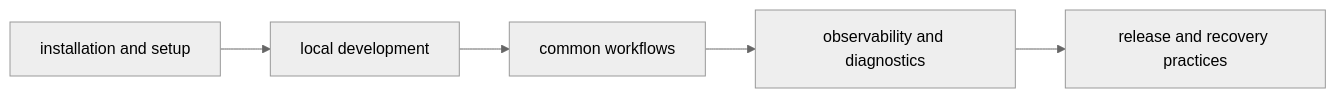
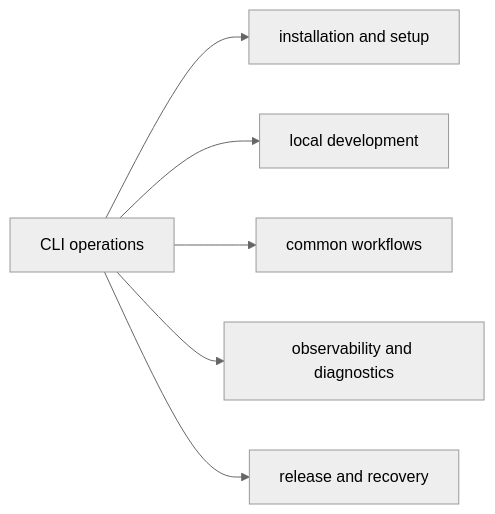
Before and after one commit to bijux/bijux-cli: the diagram in docs/bijux-cli/operations/index.md, drawn with Mermaid (neutral theme). The commit also changed other lines of this file, not shown here.

Commit message:
docs(cli-operations): simplify the runtime operations entry

````diff
--- a/docs/bijux-cli/operations/index.md
+++ b/docs/bijux-cli/operations/index.md
@@ -17,7 +17,8 @@
 ```mermaid
 flowchart LR
-    setup["installation and setup"] --> dev["local development"]
-    dev --> workflows["common workflows"]
-    workflows --> diagnostics["observability and diagnostics"]
-    diagnostics --> release["release and recovery practices"]
+    operations["CLI operations"] --> setup["installation and setup"]
+    operations --> dev["local development"]
+    operations --> workflows["common workflows"]
+    operations --> diagnostics["observability and diagnostics"]
+    operations --> release["release and recovery"]
 ```
````
